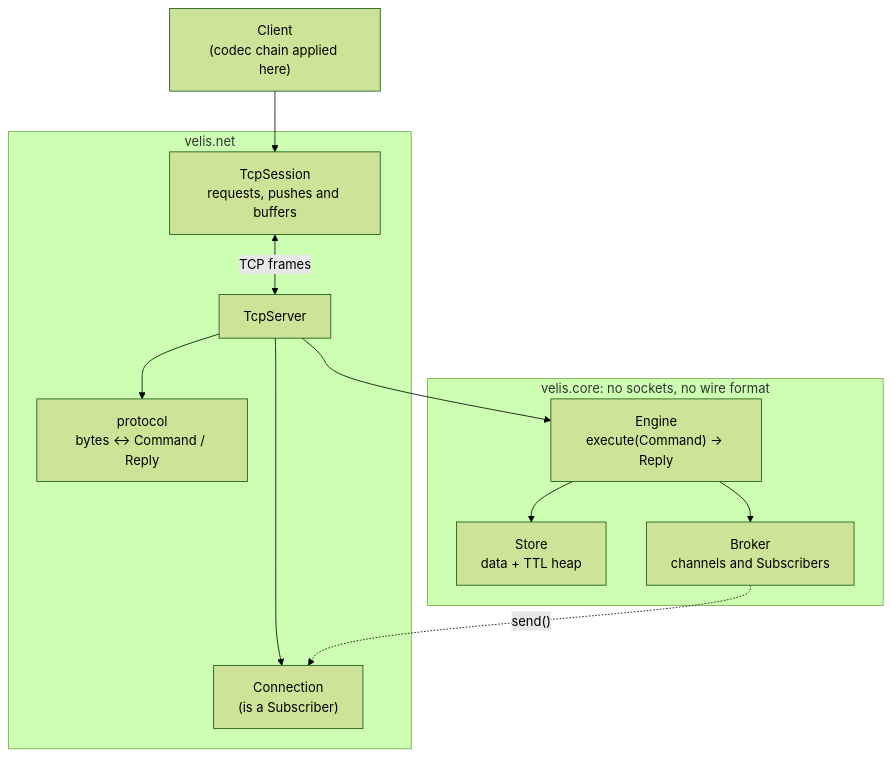
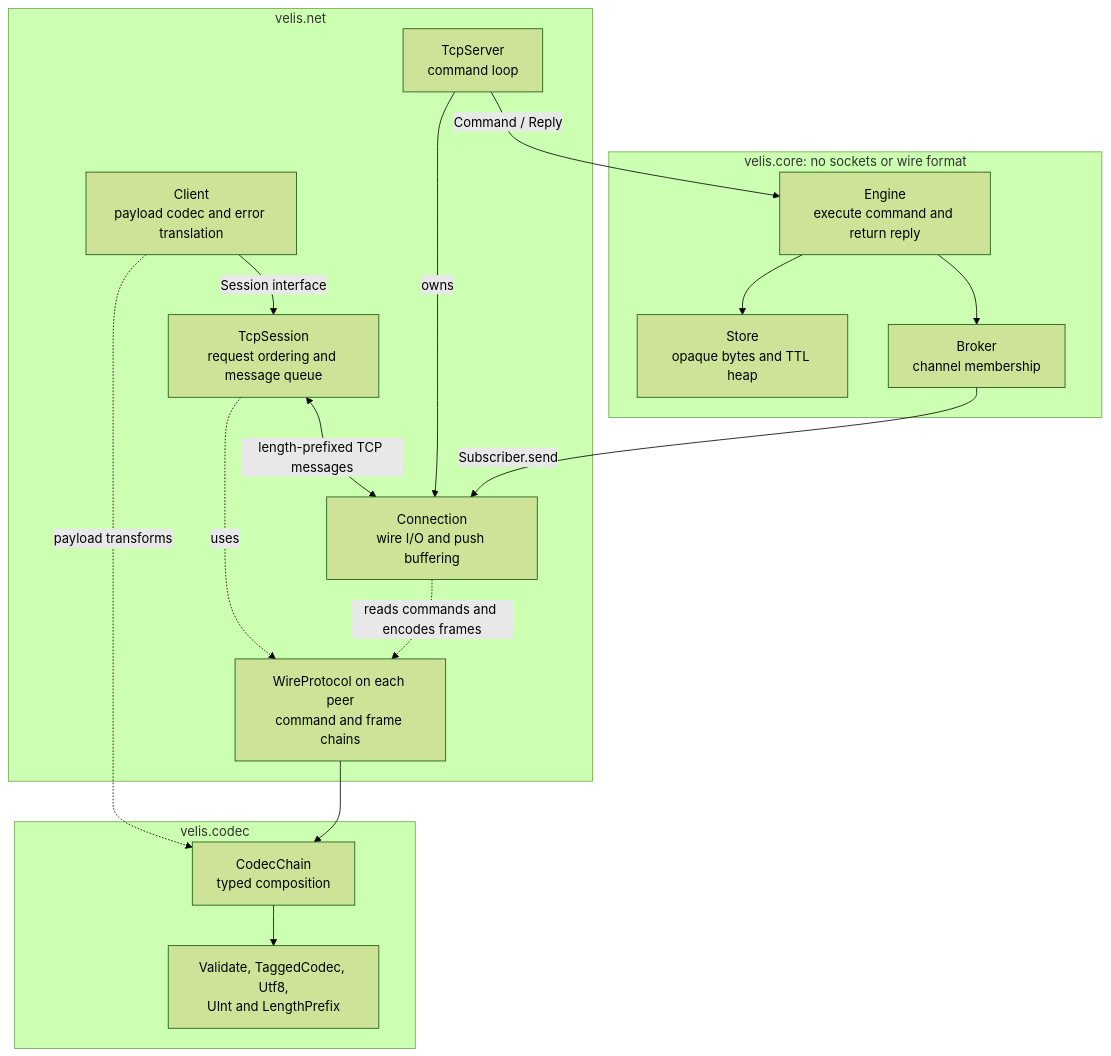
One commit to gchape/velis changed the first of 6 diagrams in README.md. Above: the diagram before and after it, drawn with Mermaid (forest theme). The commit also changed other lines of this file and 19 other files, not shown here.

First line of the commit message:
refactor(codec): compose typed wire protocols and validation chains

````diff
--- a/README.md
+++ b/README.md
@@ -87,26 +87,34 @@
 ```mermaid
 flowchart TB
-    client["Client<br/>(codec chain applied here)"]
-
     subgraph net ["velis.net"]
-        session["TcpSession<br/>requests, pushes and buffers"]
-        server["TcpServer"]
-        proto["protocol<br/>bytes <-> Command / Reply"]
-        conn["Connection<br/>(is a Subscriber)"]
+        client["Client<br/>payload codec and error translation"]
+        session["TcpSession<br/>request ordering and message queue"]
+        server["TcpServer<br/>command loop"]
+        conn["Connection<br/>wire I/O and push buffering"]
+        wire["WireProtocol on each peer<br/>command and frame chains"]
     end
 
-    subgraph core ["velis.core: no sockets, no wire format"]
-        engine["Engine<br/>execute(Command) -> Reply"]
-        store["Store<br/>data + TTL heap"]
-        broker["Broker<br/>channels and Subscribers"]
+    subgraph codecs ["velis.codec"]
+        chain["CodecChain<br/>typed composition"]
+        stages["Validate, TaggedCodec, Utf8,<br/>UInt and LengthPrefix"]
     end
 
-    client --> session
-    session <-->|"TCP frames"| server
-    server --> proto
-    server --> conn
-    server --> engine
+    subgraph core ["velis.core: no sockets or wire format"]
+        engine["Engine<br/>execute command and return reply"]
+        store["Store<br/>opaque bytes and TTL heap"]
+        broker["Broker<br/>channel membership"]
+    end
+
+    client -->|"Session interface"| session
+    session <-->|"length-prefixed TCP messages"| conn
+    server -->|"owns"| conn
+    server -->|"Command / Reply"| engine
+    session -.->|"uses"| wire
+    conn -.->|"reads commands and encodes frames"| wire
+    client -.->|"payload transforms"| chain
+    wire --> chain
+    chain --> stages
     engine --> store
     engine --> broker
-    broker -. "send()" .-> conn
+    broker -->|"Subscriber.send"| conn
 ```
````
